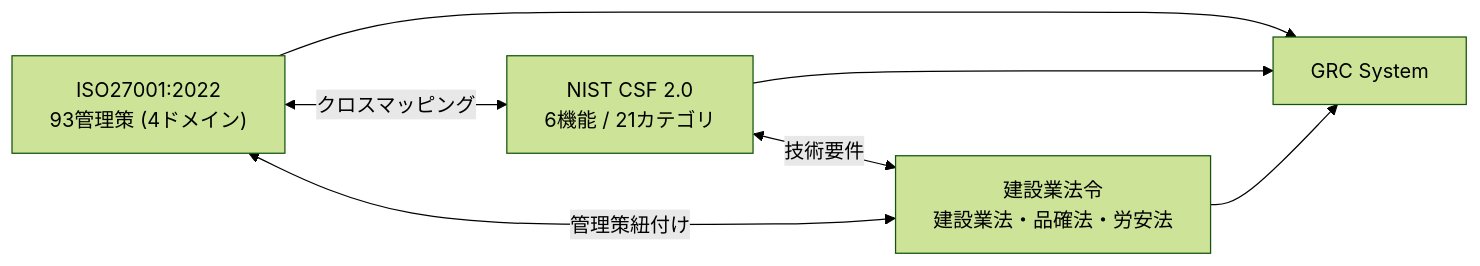
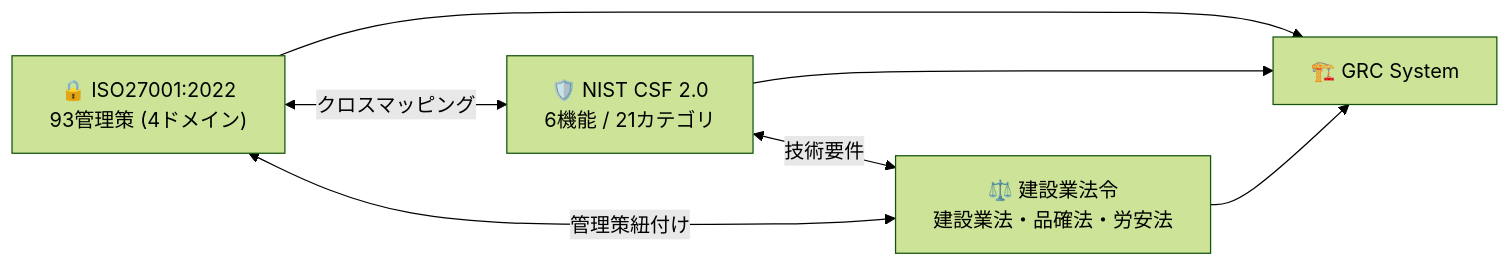
Before and after one commit to Kensan196948G/Construction-GRC-System: the fourth of 4 diagrams in README.md, drawn with Mermaid (forest theme). The commit also changed other lines of this file and 1 other file, not shown here.

First line of the commit message:
docs: README.md大幅改善 — Mermaidダイアグラム・バッジ・表形式化

````diff
--- a/README.md
+++ b/README.md
@@ -117,15 +233,15 @@
 ```mermaid
 graph LR
-    ISO["ISO27001:2022<br/>93管理策 (4ドメイン)"]
-    NIST["NIST CSF 2.0<br/>6機能 / 21カテゴリ"]
-    LAW["建設業法令<br/>建設業法・品確法・労安法"]
+    ISO["🔒 ISO27001:2022<br/>93管理策 (4ドメイン)"]
+    NIST["🛡️ NIST CSF 2.0<br/>6機能 / 21カテゴリ"]
+    LAW["⚖️ 建設業法令<br/>建設業法・品確法・労安法"]
 
     ISO <-->|クロスマッピング| NIST
     NIST <-->|技術要件| LAW
     LAW <-->|管理策紐付け| ISO
 
-    GRC["GRC System"]
+    GRC["🏗️ GRC System"]
     ISO --> GRC
     NIST --> GRC
     LAW --> GRC
 ```
````
